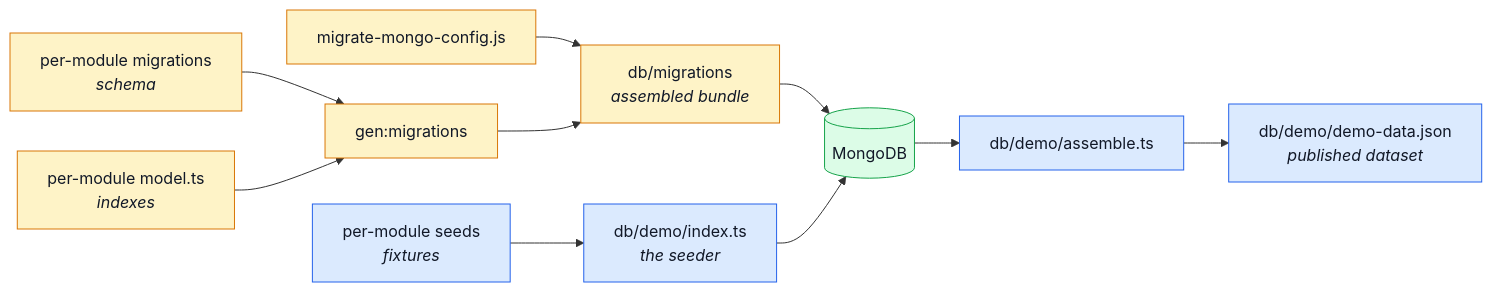
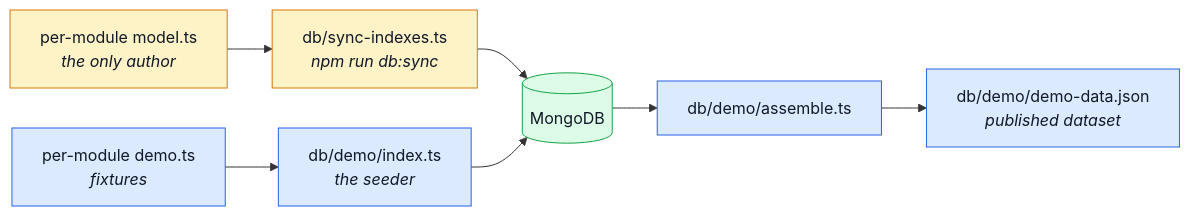
One commit to Guebbit/boilerplate-node-backend changed the first of 2 diagrams in docs/reference/data.md. Above: the diagram before and after it, drawn with Mermaid. The commit also changed other lines of this file and 64 other files, not shown here.

````diff
--- a/docs/reference/data.md
+++ b/docs/reference/data.md
@@ -14,20 +17,17 @@
 ```mermaid
 %%{init: {'flowchart': {'nodeSpacing': 40, 'rankSpacing': 45}}}%%
 flowchart LR
-    Cfg["migrate-mongo-config.js"] --> Mig["db/migrations<br/><i>assembled bundle</i>"]
-    Own["per-module migrations<br/><i>schema</i>"] --> Build["gen:migrations"]
-    Models["per-module model.ts<br/><i>indexes</i>"] --> Build
-    Build --> Mig
-    Mig --> Mongo[("MongoDB")]
-    Seeds["per-module seeds<br/><i>fixtures</i>"] --> Index["db/demo/index.ts<br/><i>the seeder</i>"]
+    Models["per-module model.ts<br/><i>the only author</i>"] --> Sync["db/sync-indexes.ts<br/><i>npm run db:sync</i>"]
+    Sync --> Mongo[("MongoDB")]
+    Seeds["per-module demo.ts<br/><i>fixtures</i>"] --> Index["db/demo/index.ts<br/><i>the seeder</i>"]
     Index --> Mongo
     Mongo --> Assemble["db/demo/assemble.ts"]
     Assemble --> Data["db/demo/demo-data.json<br/><i>published dataset</i>"]
 
     classDef schema fill:#fef3c7,stroke:#d97706,color:#111827;
     classDef data fill:#dbeafe,stroke:#2563eb,color:#111827;
     classDef store fill:#dcfce7,stroke:#16a34a,color:#111827;
-    class Cfg,Mig,Own,Models,Build schema;
+    class Models,Sync schema;
     class Seeds,Index,Assemble,Data data;
     class Mongo store;
 ```
````
